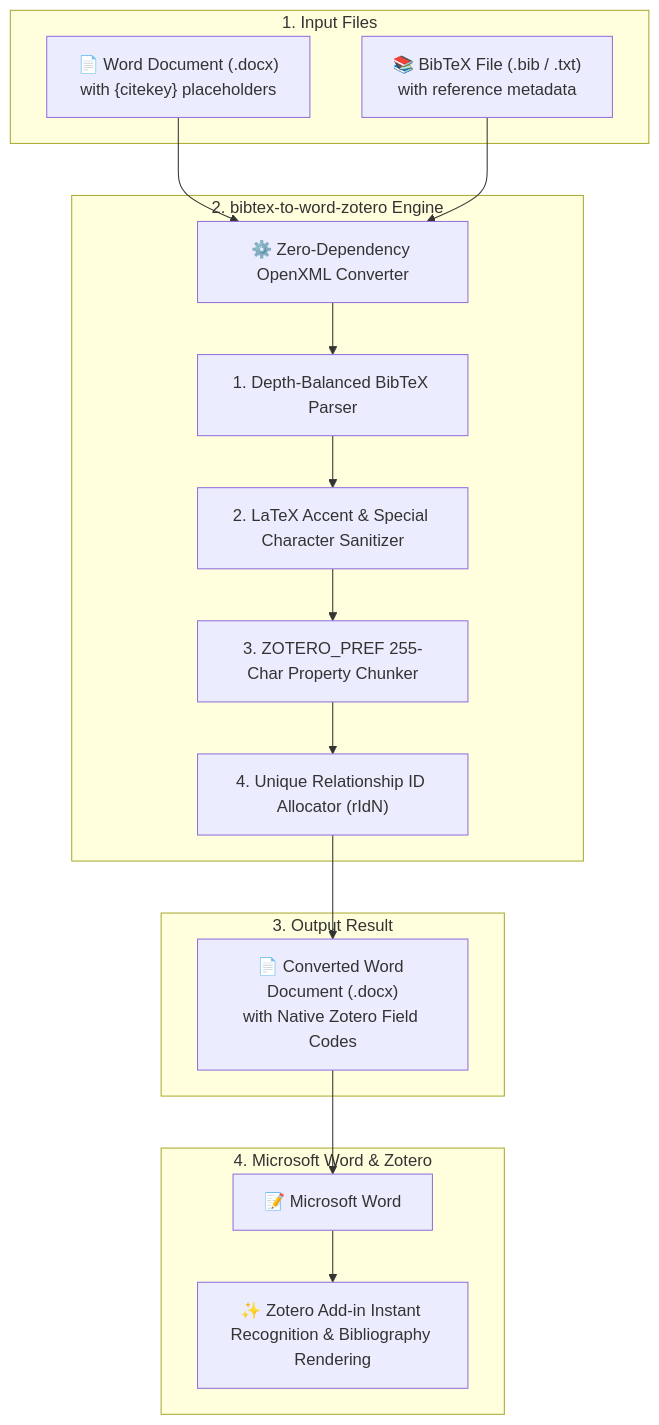
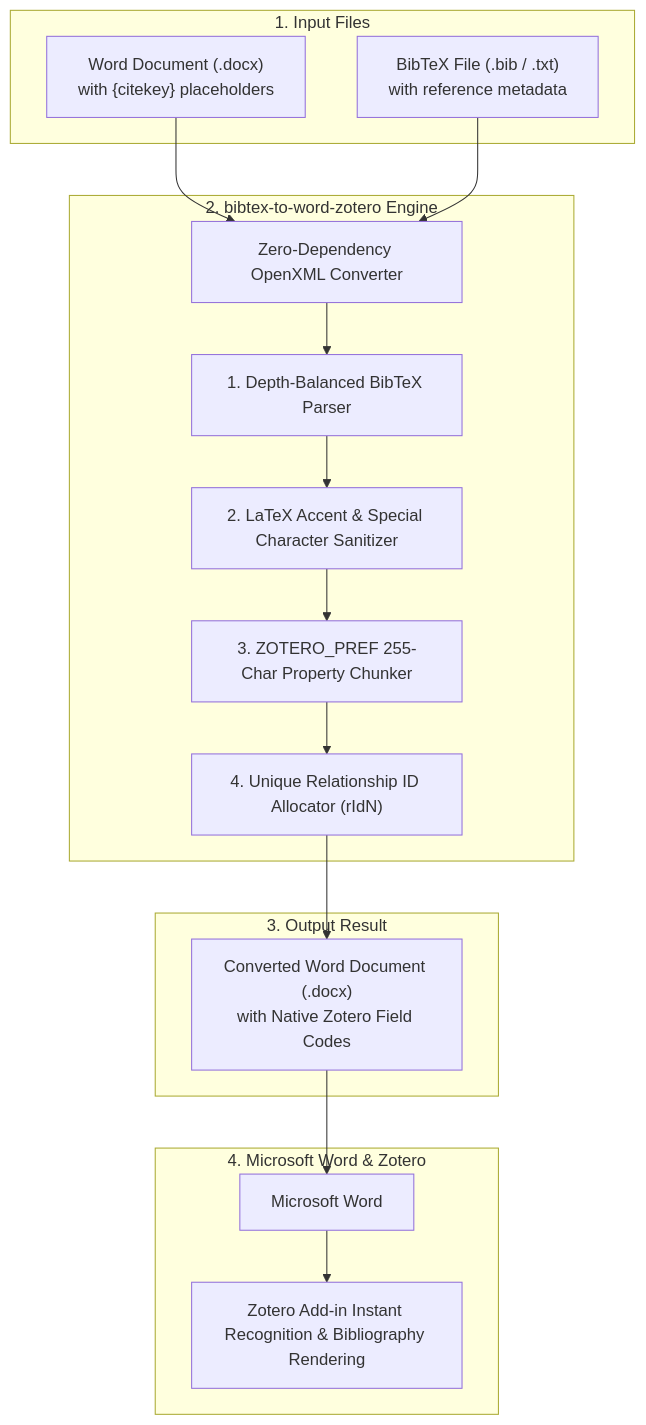
Before and after one commit to jgera/bibtex-to-word-zotero: the second of 2 diagrams in README.md, drawn with Mermaid. The commit also changed other lines of this file, not shown here.

````diff
--- a/README.md
+++ b/README.md
@@ -109,33 +109,33 @@
 ```mermaid
 flowchart TD
     subgraph Inputs["1. Input Files"]
-        DOCX["📄 Word Document (.docx)<br/>with {citekey} placeholders"]
-        BIB["📚 BibTeX File (.bib / .txt)<br/>with reference metadata"]
+        DOCX["Word Document (.docx)<br/>with {citekey} placeholders"]
+        BIB["BibTeX File (.bib / .txt)<br/>with reference metadata"]
     end
 
     subgraph Engine["2. bibtex-to-word-zotero Engine"]
-        CORE["⚙️ Zero-Dependency OpenXML Converter"]
+        CORE["Zero-Dependency OpenXML Converter"]
         PARSE["1. Depth-Balanced BibTeX Parser"]
         SAN["2. LaTeX Accent & Special Character Sanitizer"]
         CHUNK["3. ZOTERO_PREF 255-Char Property Chunker"]
         RID["4. Unique Relationship ID Allocator (rIdN)"]
 
         CORE --> PARSE --> SAN --> CHUNK --> RID
     end
 
     subgraph Output["3. Output Result"]
-        OUT_DOCX["📄 Converted Word Document (.docx)<br/>with Native Zotero Field Codes"]
+        OUT_DOCX["Converted Word Document (.docx)<br/>with Native Zotero Field Codes"]
     end
 
     subgraph Desktop["4. Microsoft Word & Zotero"]
-        WORD_UI["📝 Microsoft Word"]
-        ZOTERO_UI["✨ Zotero Add-in Instant Recognition & Bibliography Rendering"]
+        WORD_UI["Microsoft Word"]
+        ZOTERO_UI["Zotero Add-in Instant Recognition & Bibliography Rendering"]
 
         WORD_UI --> ZOTERO_UI
     end
 
     DOCX --> CORE
     BIB --> CORE
     RID --> OUT_DOCX
     OUT_DOCX --> WORD_UI
 ```
````
